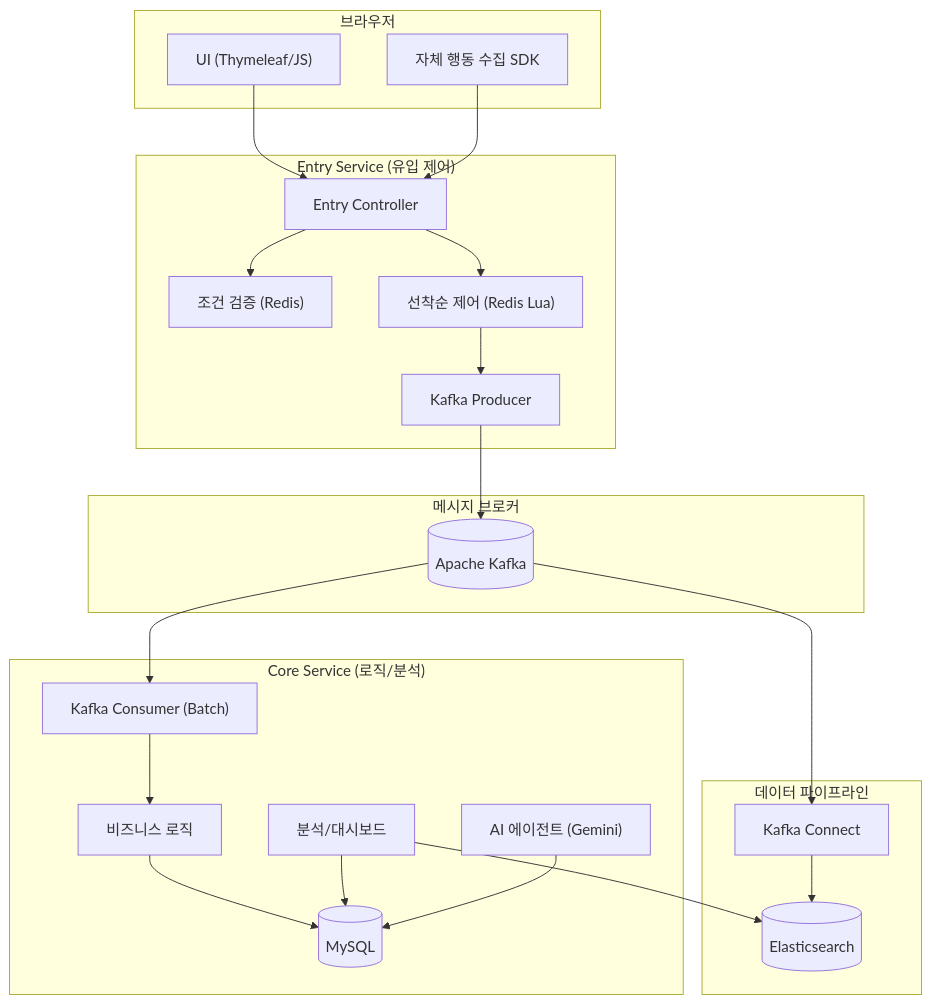
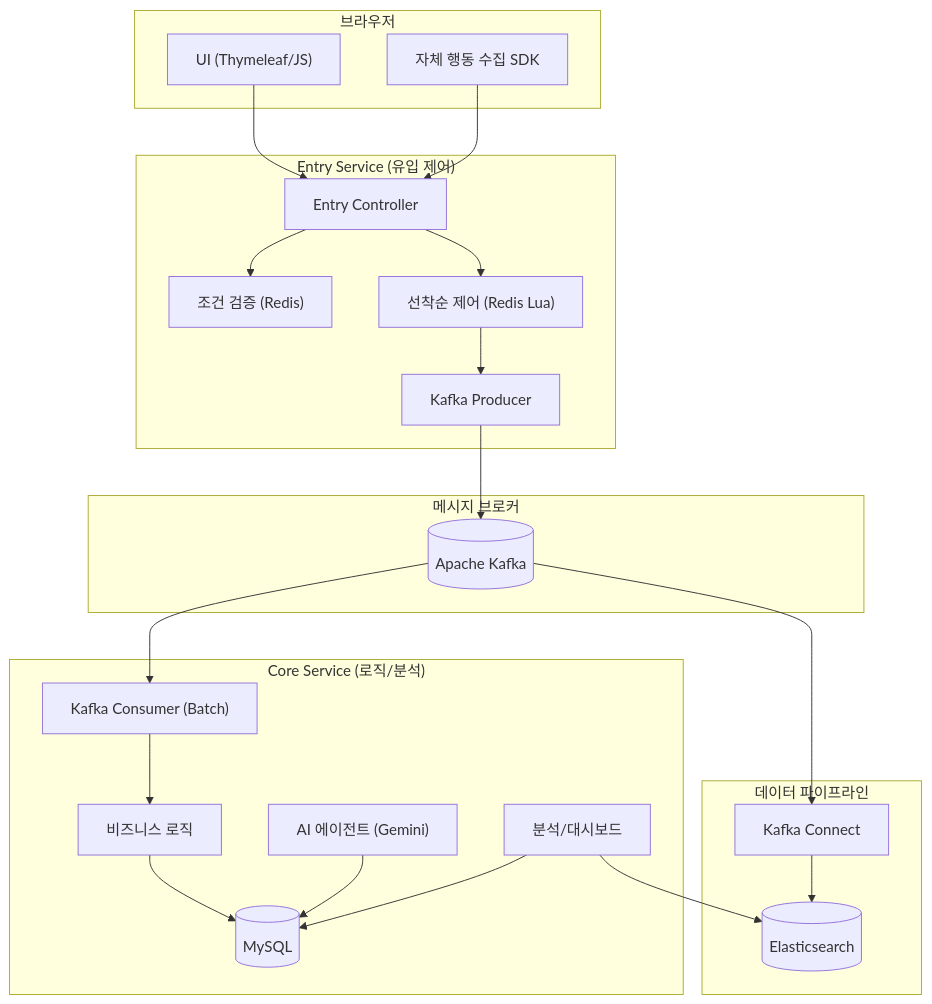
Before and after one commit to NileTheKing/marketing-intelligence-platform: the diagram in README.md, drawn with Mermaid. The commit also changed other lines of this file, not shown here.

Commit message:
docs: adjust architecture diagram layout to fix line crossing

````diff
--- a/README.md
+++ b/README.md
@@ -34,47 +34,47 @@
 ```mermaid
 graph TB
     subgraph Client["브라우저"]
         Browser["UI (Thymeleaf/JS)"]
         JSTracker["자체 행동 수집 SDK"]
     end
 
     subgraph Entry["Entry Service (유입 제어)"]
         EntryController["Entry Controller"]
         FastValidation["조건 검증 (Redis)"]
         FCFSLogic["선착순 제어 (Redis Lua)"]
         EntryKafka["Kafka Producer"]
     end
 
     subgraph MQ["메시지 브로커"]
         Kafka[("Apache Kafka")]
     end
 
     subgraph Core["Core Service (로직/분석)"]
         KafkaConsumer["Kafka Consumer (Batch)"]
         CampaignLogic["비즈니스 로직"]
+        LLMController["AI 에이전트 (Gemini)"]
         DashboardLogic["분석/대시보드"]
-        LLMController["AI 에이전트 (Gemini)"]
         MySQL[("MySQL")]
     end
 
     subgraph Pipeline["데이터 파이프라인"]
         KafkaConnect["Kafka Connect"]
         ES[("Elasticsearch")]
     end
 
     %% Flow
     Browser --> EntryController
     JSTracker --> EntryController
     EntryController --> FastValidation
     EntryController --> FCFSLogic
     FCFSLogic --> EntryKafka
     EntryKafka --> Kafka
     Kafka --> KafkaConsumer
     KafkaConsumer --> CampaignLogic
     CampaignLogic --> MySQL
     Kafka --> KafkaConnect
     KafkaConnect --> ES
+    LLMController --> MySQL
     DashboardLogic --> ES
     DashboardLogic --> MySQL
-    LLMController --> MySQL
 ```
````
